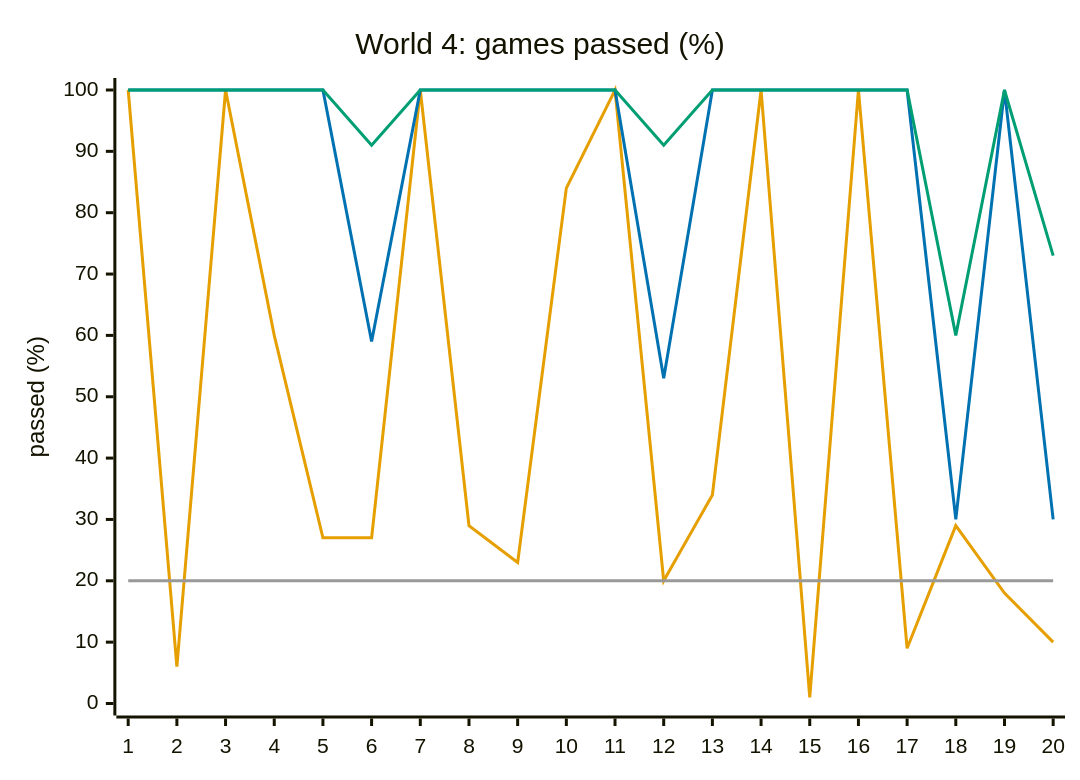
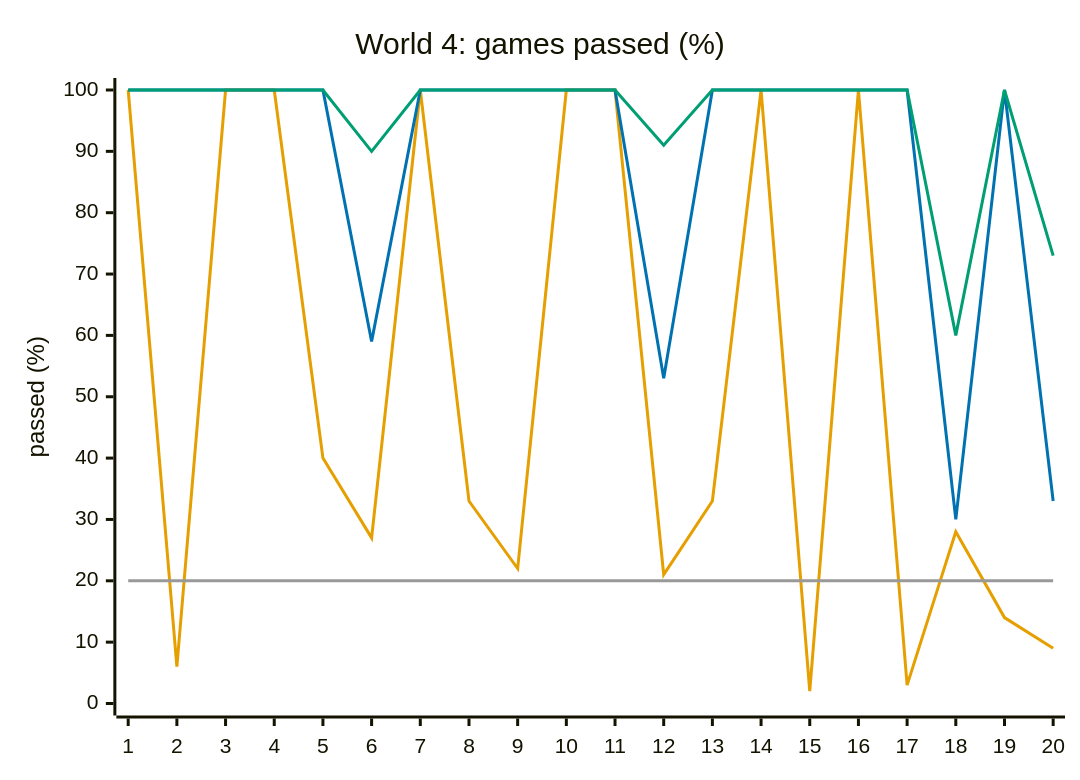
The seventh of 8 diagrams in docs/design/difficulty.md (Pavelya/dots), drawn with Mermaid before and after one commit. The commit also changed other lines of this file and 13 other files, not shown here.

````diff
--- a/docs/design/difficulty.md
+++ b/docs/design/difficulty.md
@@ -218,11 +219,11 @@
 ```mermaid
 %%{init: {"themeVariables": {"xyChart": {"plotColorPalette": "#E69F00, #0072B2, #009E73, #999999"}}}}%%
 xychart-beta
     title "World 4: games passed (%)"
     x-axis ["1", "2", "3", "4", "5", "6", "7", "8", "9", "10", "11", "12", "13", "14", "15", "16", "17", "18", "19", "20"]
     y-axis "passed (%)" 0 --> 100
-    line [100, 6, 100, 60, 27, 27, 100, 29, 23, 84, 100, 20, 34, 100, 1, 100, 9, 29, 18, 10]
-    line [100, 100, 100, 100, 100, 59, 100, 100, 100, 100, 100, 53, 100, 100, 100, 100, 100, 30, 100, 30]
-    line [100, 100, 100, 100, 100, 91, 100, 100, 100, 100, 100, 91, 100, 100, 100, 100, 100, 60, 100, 73]
+    line [100, 6, 100, 100, 40, 27, 100, 33, 22, 100, 100, 21, 33, 100, 2, 100, 3, 28, 14, 9]
+    line [100, 100, 100, 100, 100, 59, 100, 100, 100, 100, 100, 53, 100, 100, 100, 100, 100, 30, 100, 33]
+    line [100, 100, 100, 100, 100, 90, 100, 100, 100, 100, 100, 91, 100, 100, 100, 100, 100, 60, 100, 73]
     line [20, 20, 20, 20, 20, 20, 20, 20, 20, 20, 20, 20, 20, 20, 20, 20, 20, 20, 20, 20]
 ```
````
